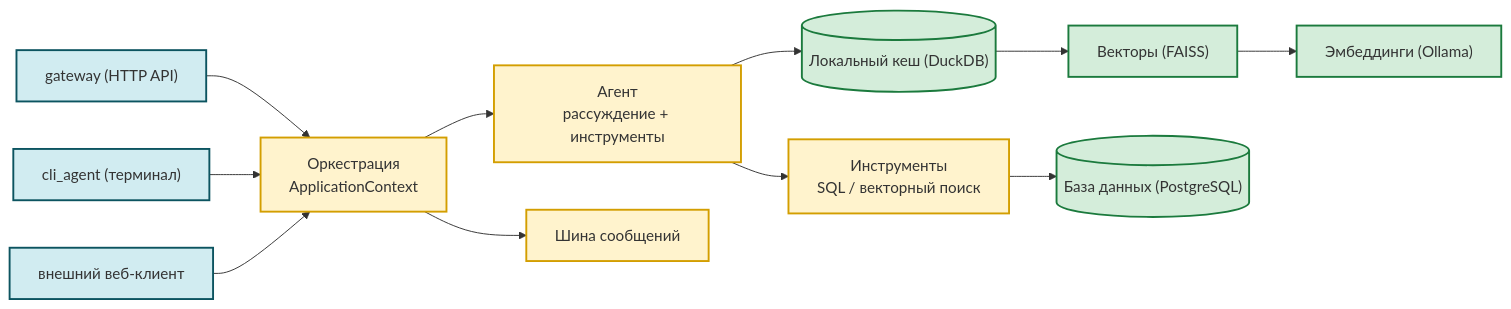
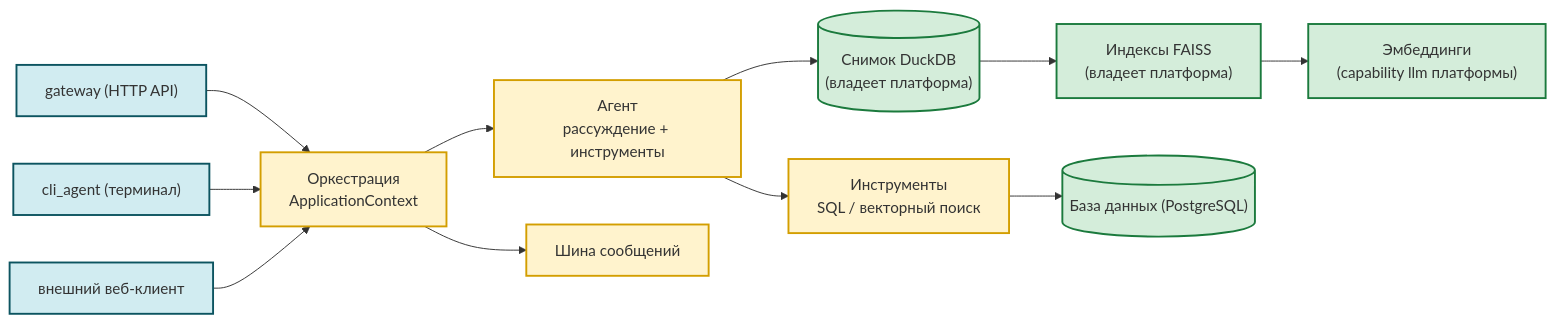
The diagram in README.md (AlexEgorov85/workspaces_nanobot), drawn with Mermaid before and after one commit. The commit also changed other lines of this file and 22 other files, not shown here.

````diff
--- a/README.md
+++ b/README.md
@@ -71,19 +72,19 @@
 ```mermaid
 flowchart LR
     WEB["gateway (HTTP API)"] --> ORCH["Оркестрация<br/>ApplicationContext"]
     TERM["cli_agent (терминал)"] --> ORCH
     UI["внешний веб-клиент"] --> ORCH
     ORCH --> AGENT["Агент<br/>рассуждение + инструменты"]
     ORCH --> BUS["Шина сообщений"]
-    AGENT --> CACHE[("Локальный кеш (DuckDB)")]
+    AGENT --> CACHE[("Снимок DuckDB<br/>(владеет платформа)")]
     AGENT --> TOOLS["Инструменты<br/>SQL / векторный поиск"]
-    CACHE --> VEC["Векторы (FAISS)"]
+    CACHE --> VEC["Индексы FAISS<br/>(владеет платформа)"]
     TOOLS --> DB[("База данных (PostgreSQL)")]
-    VEC --> EMB["Эмбеддинги (Ollama)"]
+    VEC --> EMB["Эмбеддинги<br/>(capability llm платформы)"]
     classDef entry fill:#d1ecf1,stroke:#0c5460,stroke-width:2px
     classDef core fill:#fff3cd,stroke:#d39e00,stroke-width:2px
     classDef infra fill:#d4edda,stroke:#1b7a3d,stroke-width:2px
     class WEB,TERM,UI entry
     class ORCH,AGENT,BUS,TOOLS core
     class CACHE,VEC,DB,EMB infra
 ```
````
